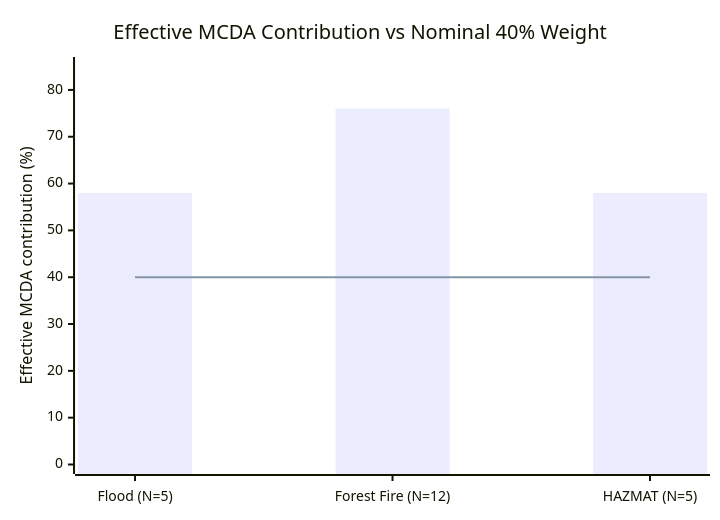
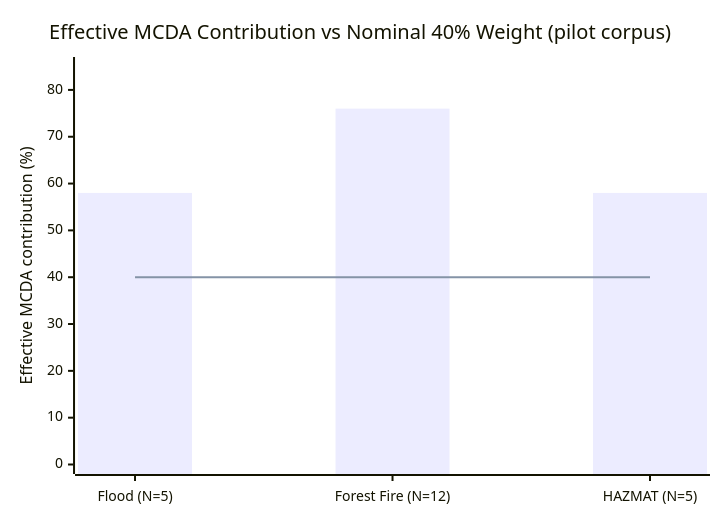
Before and after one commit to kerbgr/crisis_mas_poc: the fifth of 6 diagrams in docs/RESULTS.md, drawn with Mermaid. The commit also changed other lines of this file and 3 other files, not shown here.

````diff
--- a/docs/RESULTS.md
+++ b/docs/RESULTS.md
@@ -312,8 +308,8 @@
 ```mermaid
 xychart-beta
-    title "Effective MCDA Contribution vs Nominal 40% Weight"
+    title "Effective MCDA Contribution vs Nominal 40% Weight (pilot corpus)"
     x-axis ["Flood (N=5)", "Forest Fire (N=12)", "HAZMAT (N=5)"]
     y-axis "Effective MCDA contribution (%)" 0 --> 85
     bar [58, 76, 58]
     line [40, 40, 40]
 ```
````
